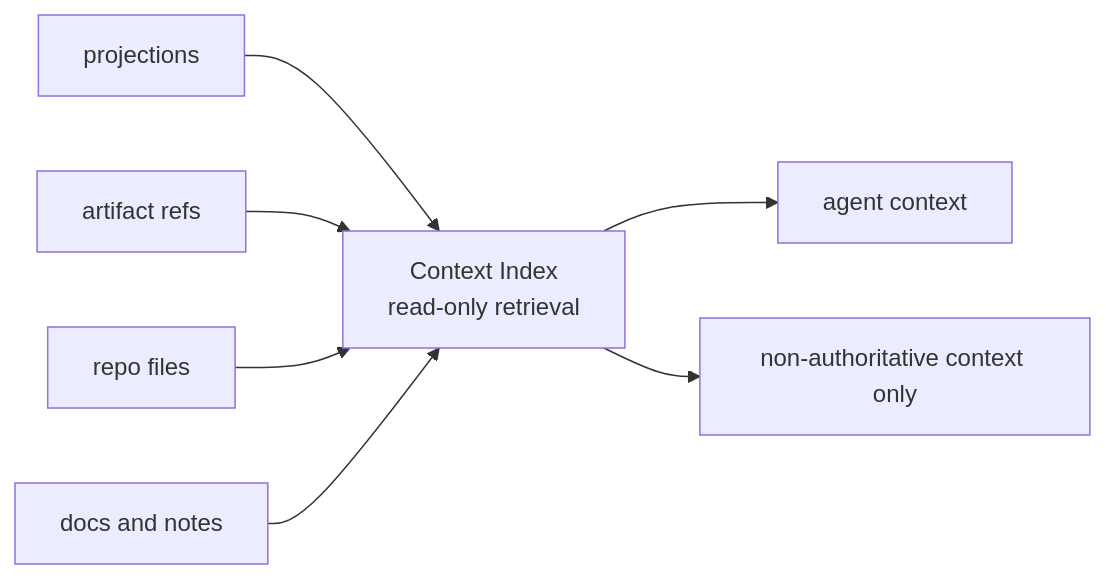
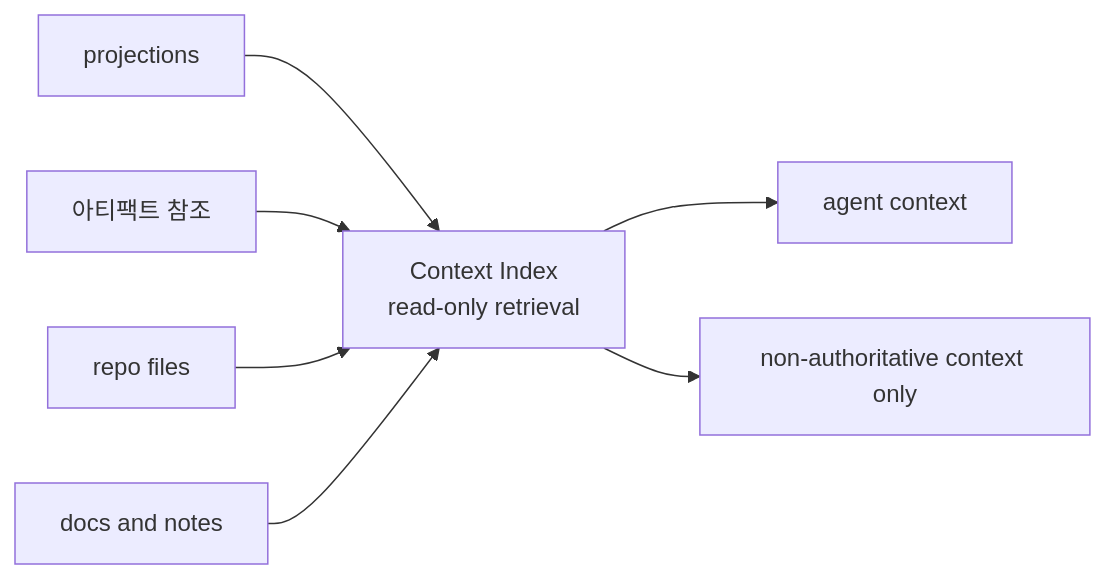
Before and after one commit to minjungw00/Harness_Project: the third of 4 diagrams in docs/ko/roadmap.md, drawn with Mermaid. The commit also changed other lines of this file and 11 other files, not shown here.

````diff
--- a/docs/ko/roadmap.md
+++ b/docs/ko/roadmap.md
@@ -127,9 +127,9 @@
 ```mermaid
 flowchart LR
   Projections["projections"] --> Index["Context Index<br/>read-only retrieval"]
-  Artifacts["artifact refs"] --> Index
+  Artifacts["아티팩트 참조"] --> Index
   Repo["repo files"] --> Index
   Docs["docs and notes"] --> Index
   Index --> Agent["agent context"]
   Index --> Boundary["non-authoritative context only"]
 ```
````
